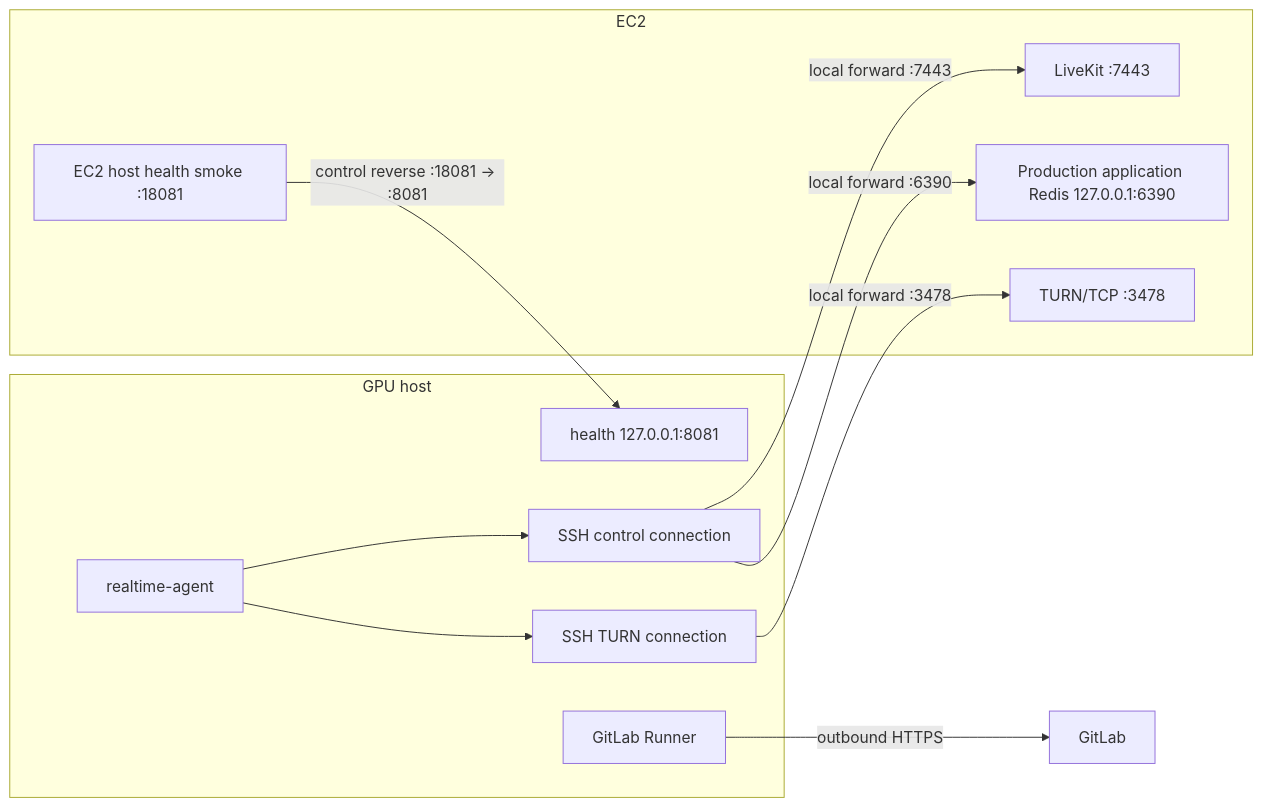
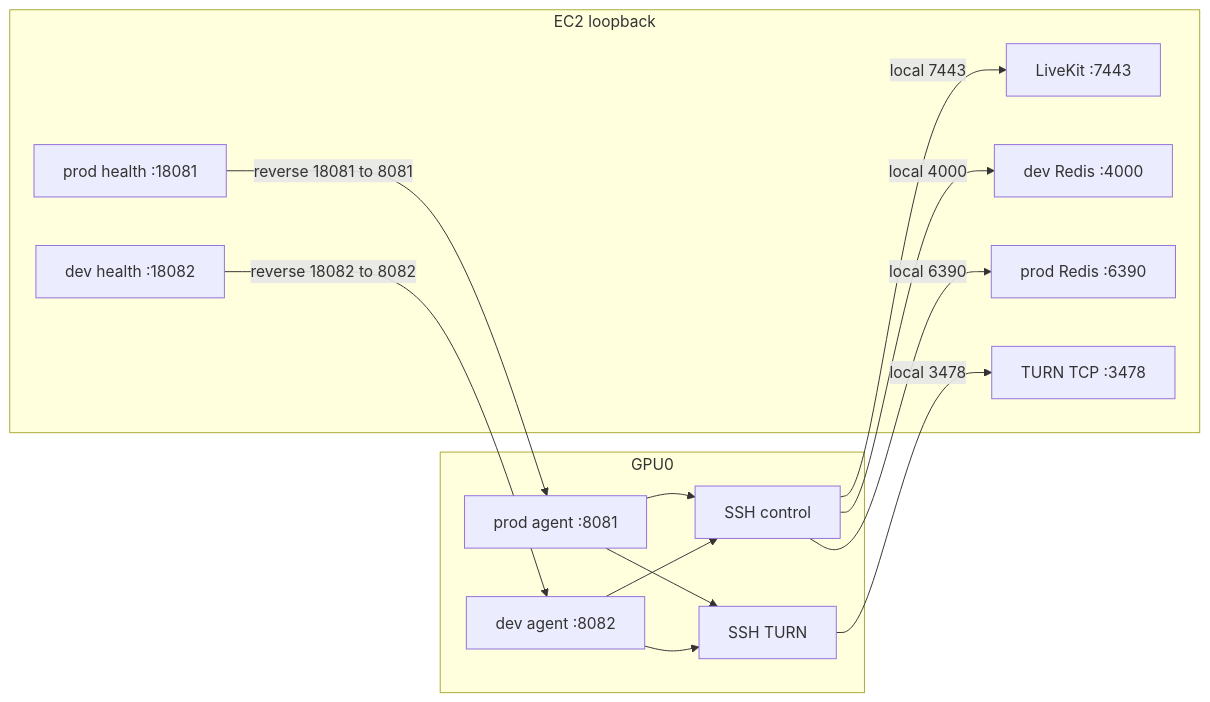
Before and after one commit to thdwjdrl401/jiphyeonjeon: the diagram in ai/realtime-agent/deploy/README.md, drawn with Mermaid. The commit also changed other lines of this file and 21 other files, not shown here.

Commit message:
fix: 개발·운영 realtime agent 동시 배포 분리

````diff
--- a/ai/realtime-agent/deploy/README.md
+++ b/ai/realtime-agent/deploy/README.md
@@ -115,23 +92,27 @@
 ```mermaid
 flowchart LR
-    subgraph GPU[GPU host]
-        A[realtime-agent]
-        H[health 127.0.0.1:8081]
-        C[SSH control connection]
-        M[SSH TURN connection]
-        R[GitLab Runner]
+    subgraph GPU[GPU0]
+        P[prod agent :8081]
+        D[dev agent :8082]
+        C[SSH control]
+        T[SSH TURN]
     end
-    subgraph EC2[EC2]
+    subgraph EC2[EC2 loopback]
         L[LiveKit :7443]
-        D[Production application Redis 127.0.0.1:6390]
-        T[TURN/TCP :3478]
-        E[EC2 host health smoke :18081]
+        RD[dev Redis :4000]
+        RP[prod Redis :6390]
+        HP[prod health :18081]
+        HD[dev health :18082]
+        CT[TURN TCP :3478]
     end
-    A --> C
-    A --> M
-    C -->|local forward :7443| L
-    C -->|local forward :6390| D
-    M -->|local forward :3478| T
-    E -->|control reverse :18081 → :8081| H
-    R -->|outbound HTTPS| G[GitLab]
+    P --> C
+    D --> C
+    P --> T
+    D --> T
+    C -->|local 7443| L
+    C -->|local 4000| RD
+    C -->|local 6390| RP
+    HP -->|reverse 18081 to 8081| P
+    HD -->|reverse 18082 to 8082| D
+    T -->|local 3478| CT
 ```
````
